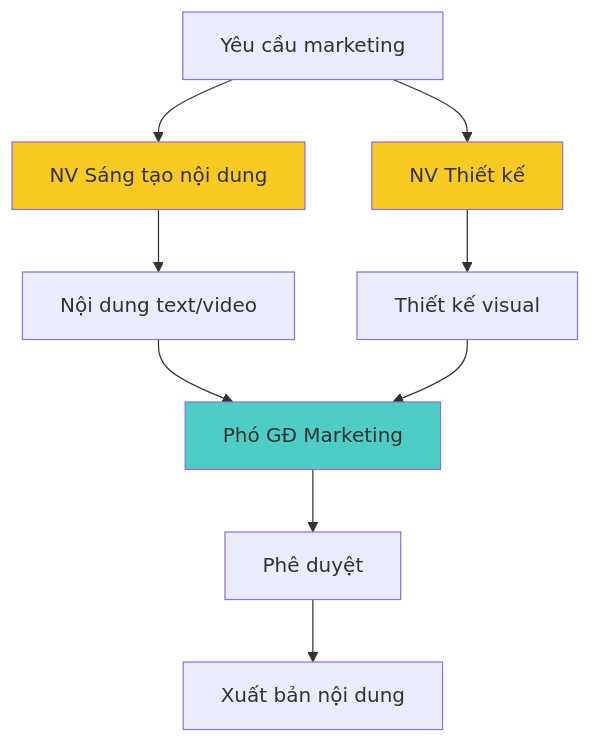
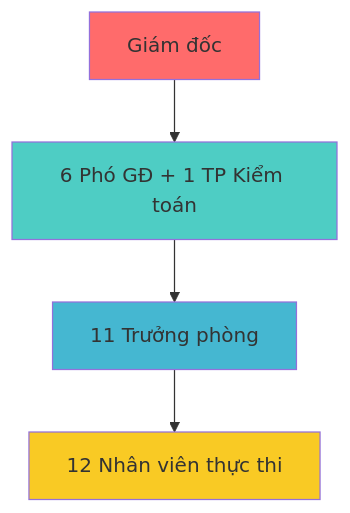
The second of 2 diagrams in 3. Kiến trúc cơ sở/3.2. Kiến trúc nghiệp vụ.md (hieptuanle/hust-kien-truc-httt), drawn with Mermaid before and after one commit. The commit also changed other lines of this file, not shown here.

````diff
--- a/3. Kiến trúc cơ sở/3.2. Kiến trúc nghiệp vụ.md
+++ b/3. Kiến trúc cơ sở/3.2. Kiến trúc nghiệp vụ.md
@@ -148,15 +94,11 @@
 ```mermaid
 graph TD
-    A[Yêu cầu marketing] --> B[NV Sáng tạo nội dung]
-    A --> C[NV Thiết kế]
-    B --> D[Nội dung text/video]
-    C --> E[Thiết kế visual]
-    D --> F[Phó GĐ Marketing]
-    E --> F
-    F --> G[Phê duyệt]
-    G --> H[Xuất bản nội dung]
-
-    style B fill:#f9ca24
-    style C fill:#f9ca24
-    style F fill:#4ecdc4
+    A[Giám đốc] --> B[6 Phó GĐ + 1 TP Kiểm toán]
+    B --> C[11 Trưởng phòng]
+    C --> D[12 Nhân viên thực thi]
+    
+    style A fill:#ff6b6b
+    style B fill:#4ecdc4
+    style C fill:#45b7d1
+    style D fill:#f9ca24
 ```
````
